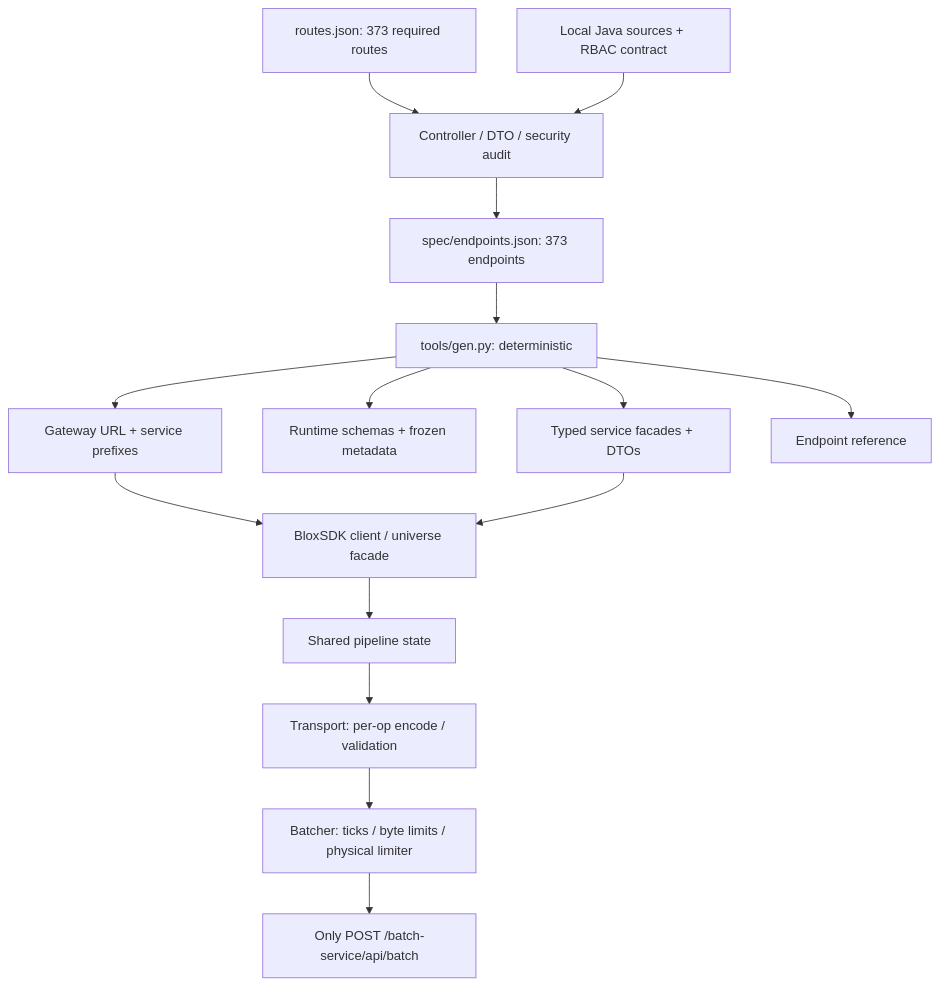
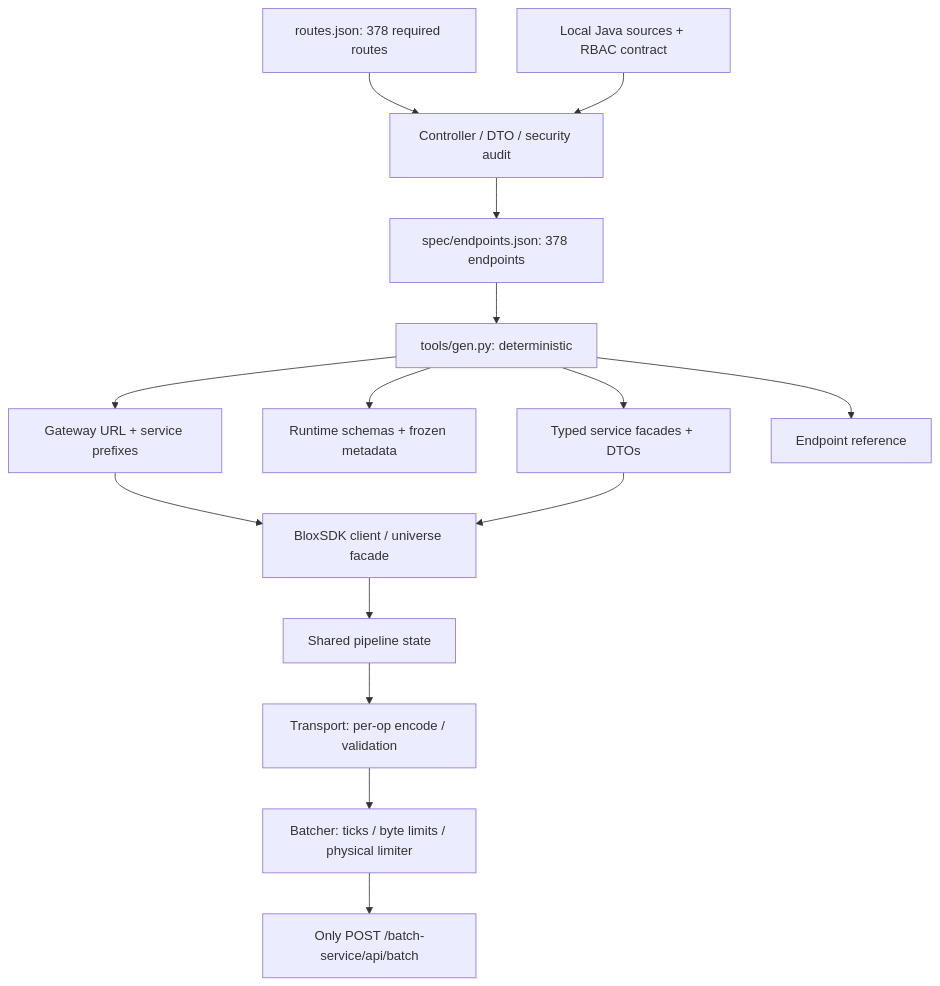
The diagram in docs/ARCHITECTURE.md (samjay22/blox-sdk), drawn with Mermaid before and after one commit. The commit also changed other lines of this file and 81 other files, not shown here.

````diff
--- a/docs/ARCHITECTURE.md
+++ b/docs/ARCHITECTURE.md
@@ -3,17 +3,17 @@
 ```mermaid
 flowchart TD
-  Routes[routes.json: 373 required routes] --> Audit[Controller / DTO / security audit]
+  Routes[routes.json: 378 required routes] --> Audit[Controller / DTO / security audit]
   Java[Local Java sources + RBAC contract] --> Audit
-  Audit --> Spec[spec/endpoints.json: 373 endpoints]
+  Audit --> Spec[spec/endpoints.json: 378 endpoints]
   Spec --> Generator[tools/gen.py: deterministic]
   Generator --> Services[Typed service facades + DTOs]
   Generator --> Schemas[Runtime schemas + frozen metadata]
   Generator --> Routing[Gateway URL + service prefixes]
   Routing --> Client
   Generator --> Reference[Endpoint reference]
   Services --> Client[BloxSDK client / universe facade]
   Client --> Pipeline[Shared pipeline state]
   Pipeline --> Transport[Transport: per-op encode / validation]
   Transport --> Batcher[Batcher: ticks / byte limits / physical limiter]
   Batcher --> Backend[Only POST /batch-service/api/batch]
 ```
````
